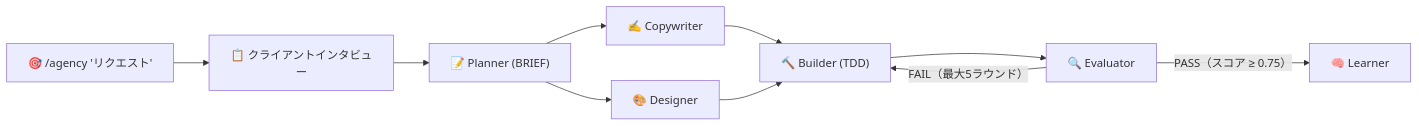
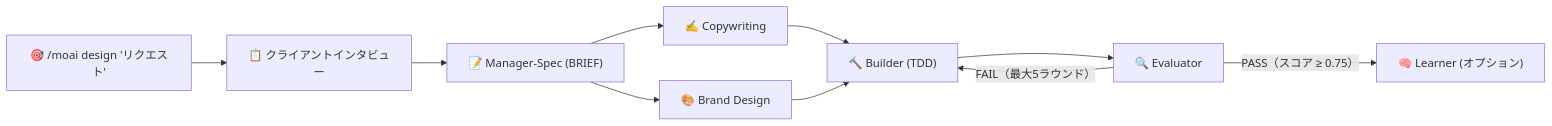
The seventh of 7 diagrams in README.ja.md (modu-ai/moai-adk), drawn with Mermaid before and after one commit. The commit also changed other lines of this file and 2 other files, not shown here.

First line of the commit message:
docs: migrate README ko/ja/zh from /agency to /moai design

````diff
--- a/README.ja.md
+++ b/README.ja.md
@@ -903,12 +903,12 @@
 ```mermaid
 flowchart LR
-    REQ["🎯 /agency 'リクエスト'"] --> INT["📋 クライアントインタビュー"]
-    INT --> P["📝 Planner (BRIEF)"]
-    P --> C["✍️ Copywriter"]
-    P --> D["🎨 Designer"]
+    REQ["🎯 /moai design 'リクエスト'"] --> INT["📋 クライアントインタビュー"]
+    INT --> P["📝 Manager-Spec (BRIEF)"]
+    P --> C["✍️ Copywriting"]
+    P --> D["🎨 Brand Design"]
     C --> B["🔨 Builder (TDD)"]
     D --> B
     B --> E["🔍 Evaluator"]
     E -->|"FAIL（最大5ラウンド）"| B
-    E -->|"PASS（スコア ≥ 0.75）"| L["🧠 Learner"]
+    E -->|"PASS（スコア ≥ 0.75）"| L["🧠 Learner (オプション)"]
 ```
````
